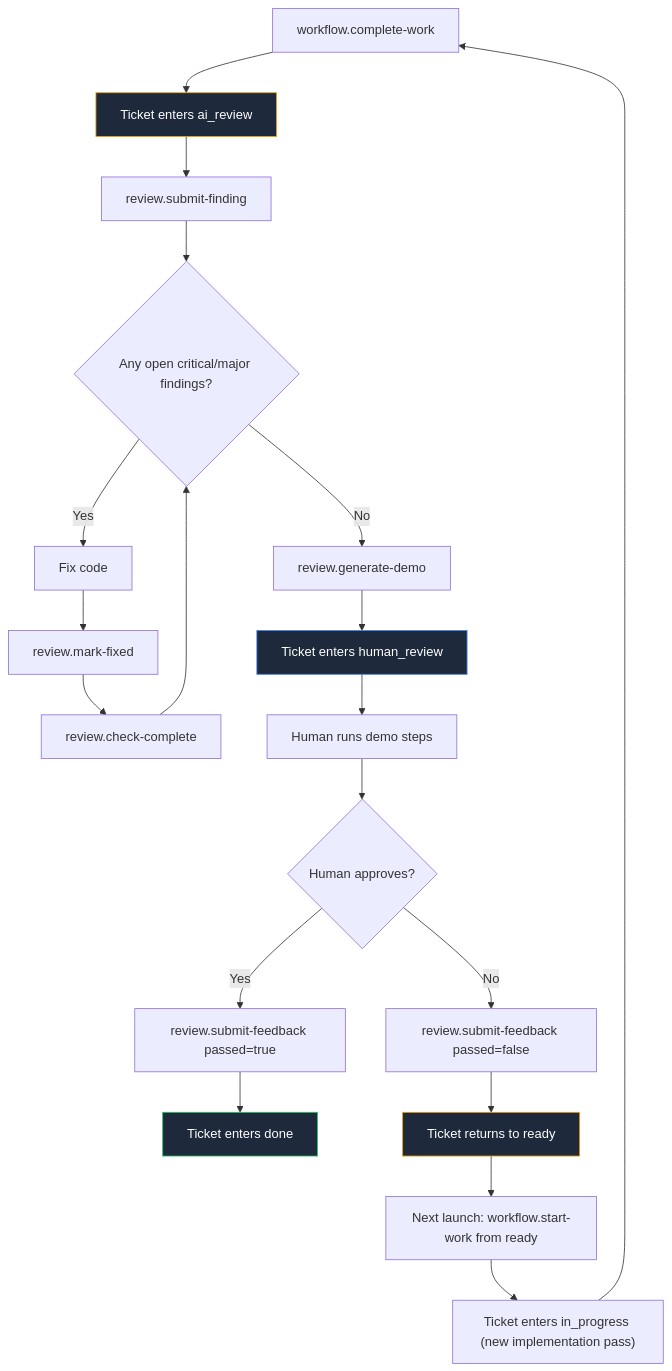
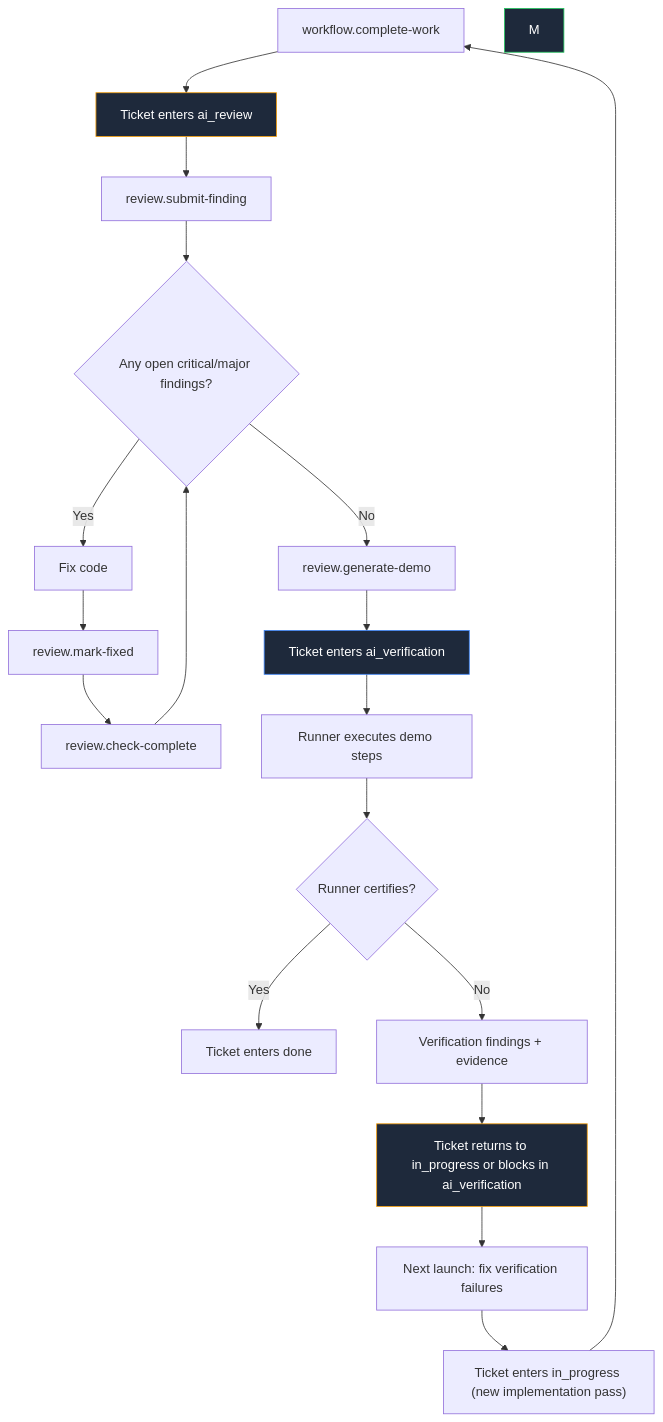
One commit to salmanrrana/brain-dump changed the eighth of 14 diagrams in docs/universal-quality-workflow-per-provider-diagrams.md. Above: the diagram before and after it, drawn with Mermaid. The commit also changed other lines of this file and 39 other files, not shown here.

Commit message:
feat(9f63c408): address ai verification review findings

````diff
--- a/docs/universal-quality-workflow-per-provider-diagrams.md
+++ b/docs/universal-quality-workflow-per-provider-diagrams.md
@@ -327,28 +325,27 @@
 ```mermaid
 flowchart TB
     A["workflow.complete-work"] --> B["Ticket enters ai_review"]
     B --> C["review.submit-finding"]
     C --> D{"Any open critical/major findings?"}
 
     D -->|Yes| E["Fix code"]
     E --> F["review.mark-fixed"]
     F --> G["review.check-complete"]
     G --> D
 
     D -->|No| H["review.generate-demo"]
-    H --> I["Ticket enters human_review"]
-    I --> J["Human runs demo steps"]
-    J --> K{"Human approves?"}
-    K -->|Yes| L["review.submit-feedback passed=true"]
-    L --> M["Ticket enters done"]
-    K -->|No| N["review.submit-feedback passed=false"]
-    N --> O["Ticket returns to ready"]
-    O --> P["Next launch: workflow.start-work from ready"]
+    H --> I["Ticket enters ai_verification"]
+    I --> J["Runner executes demo steps"]
+    J --> K{"Runner certifies?"}
+    K -->|Yes| L["Ticket enters done"]
+    K -->|No| N["Verification findings + evidence"]
+    N --> O["Ticket returns to in_progress or blocks in ai_verification"]
+    O --> P["Next launch: fix verification failures"]
     P --> Q["Ticket enters in_progress (new implementation pass)"]
     Q --> A
 
     style B fill:#1e293b,stroke:#f59e0b,color:#fff
     style O fill:#1e293b,stroke:#f59e0b,color:#fff
     style I fill:#1e293b,stroke:#3b82f6,color:#fff
     style M fill:#1e293b,stroke:#22c55e,color:#fff
 ```
````
